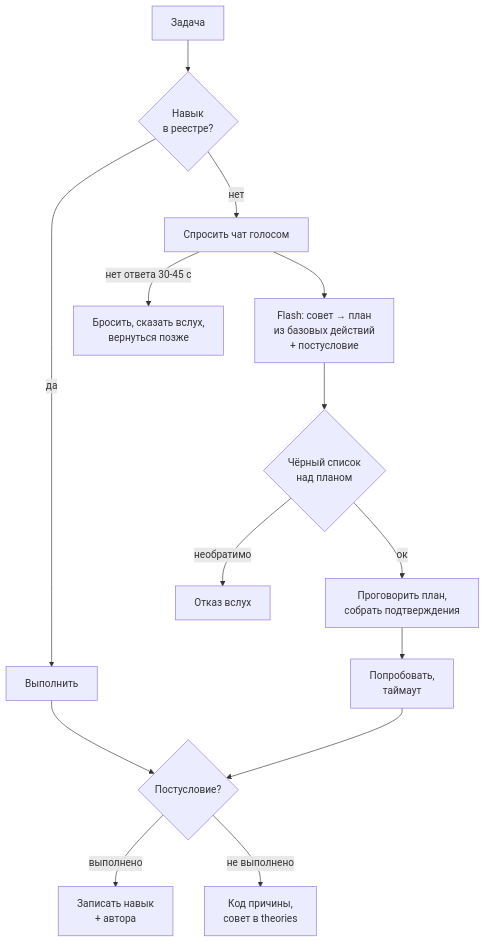
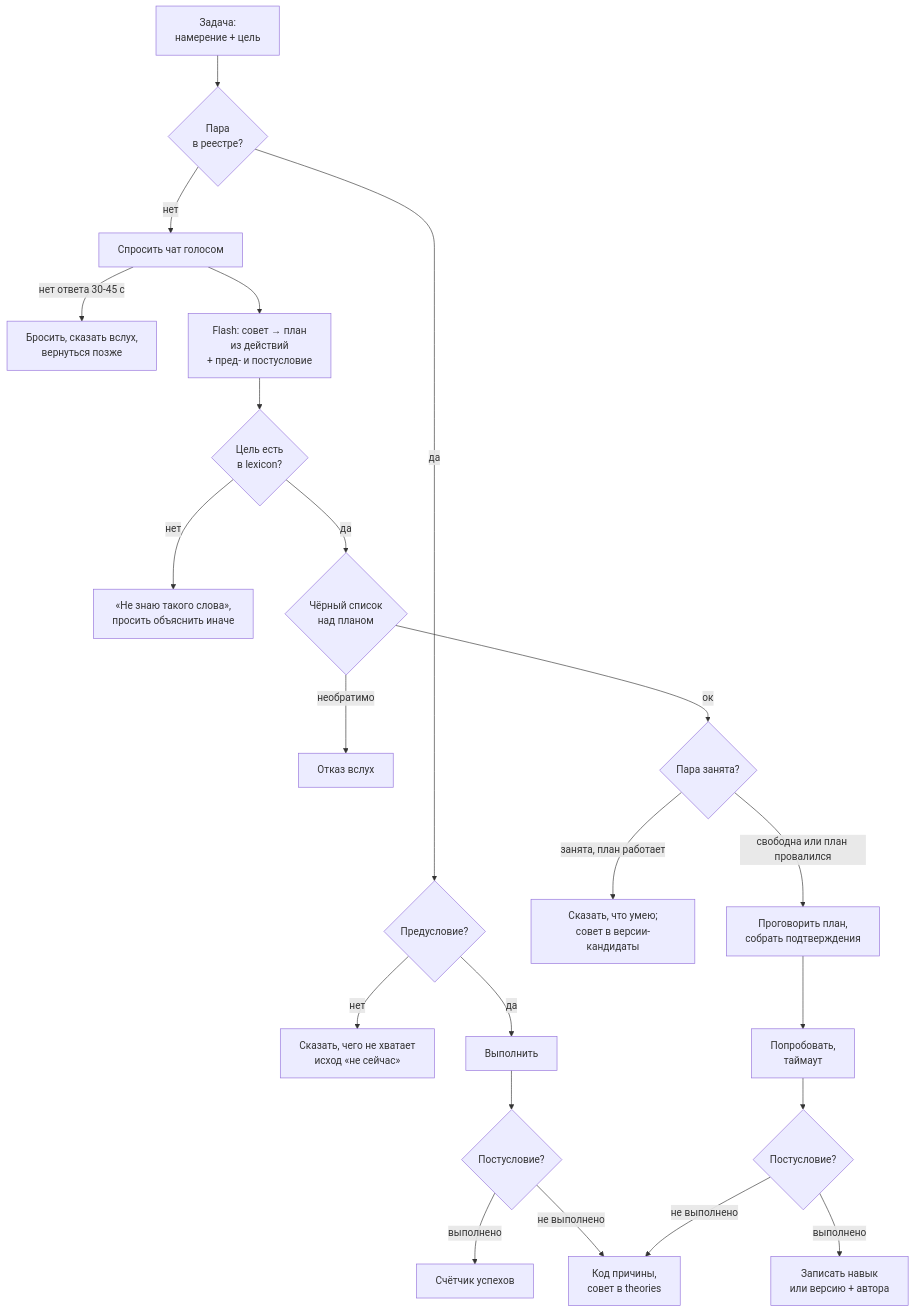
Before and after one commit to AvocadoDuesVult/Project_MansClothes: the second of 2 diagrams in docs/tz-v2.md, drawn with Mermaid. The commit also changed other lines of this file, not shown here.

Commit message:
docs: двенадцатый проход — сломанная таблица, отставшая диаграмма
- §6: вставка девятого прохода разрезала таблицу ступеней Казначея
  пополам, третья строка осиротела и перестала рендериться таблицей.
  В проверочный скрипт добавлен класс «строка таблицы сразу после
  текста». Там же: «запас под три конкретные вещи» при четырёх
  строках таблицы
- §10: диаграмма отстала от текста на два прохода — не знала про
  предусловие, про проверку цели в lexicon и про занятую пару, а для
  уже известного навыка вела в «записать навык + автора», хотя там
  инкремент счётчика. Перерисована
- §11: ник заполнителя приходит в событии полем actor, а не от Laya

Claude-Session: https://claude.ai/code/session_01332y6mWqyvjT2Nkwguq3zU

````diff
--- a/docs/tz-v2.md
+++ b/docs/tz-v2.md
@@ -355,16 +355,24 @@
 ```mermaid
 flowchart TD
-  S[Задача] --> K{Навык<br/>в реестре?}
-  K -->|да| DO[Выполнить]
+  S[Задача:<br/>намерение + цель] --> K{Пара<br/>в реестре?}
+  K -->|да| PRE{Предусловие?}
+  PRE -->|нет| LATER[Сказать, чего не хватает<br/>исход «не сейчас»]
+  PRE -->|да| DO[Выполнить]
   DO --> RES{Постусловие?}
+  RES -->|выполнено| CNT[Счётчик успехов]
+  RES -->|не выполнено| M[Код причины,<br/>совет в theories]
   K -->|нет| ASK[Спросить чат голосом]
   ASK -->|нет ответа 30-45 с| TO[Бросить, сказать вслух,<br/>вернуться позже]
-  ASK --> P[Flash: совет → план<br/>из базовых действий<br/>+ постусловие]
-  P --> GUARD{Чёрный список<br/>над планом}
+  ASK --> P[Flash: совет → план<br/>из действий<br/>+ пред- и постусловие]
+  P --> LEX{Цель есть<br/>в lexicon?}
+  LEX -->|нет| HUH[«Не знаю такого слова»,<br/>просить объяснить иначе]
+  LEX -->|да| GUARD{Чёрный список<br/>над планом}
   GUARD -->|необратимо| NO[Отказ вслух]
-  GUARD -->|ок| VOTE[Проговорить план,<br/>собрать подтверждения]
+  GUARD -->|ок| BUSY{Пара занята?}
+  BUSY -->|занята, план работает| CAND[Сказать, что умею;<br/>совет в версии-кандидаты]
+  BUSY -->|свободна или план провалился| VOTE[Проговорить план,<br/>собрать подтверждения]
   VOTE --> TRY[Попробовать,<br/>таймаут]
-  TRY --> RES
-  RES -->|выполнено| W[Записать навык<br/>+ автора]
-  RES -->|не выполнено| M[Код причины,<br/>совет в theories]
+  TRY --> RES2{Постусловие?}
+  RES2 -->|выполнено| W[Записать навык<br/>или версию + автора]
+  RES2 -->|не выполнено| M
 ```
````
